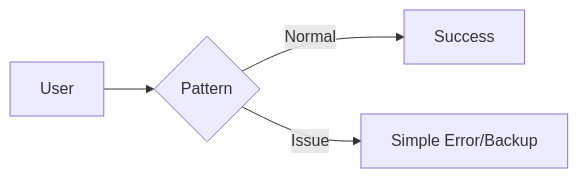
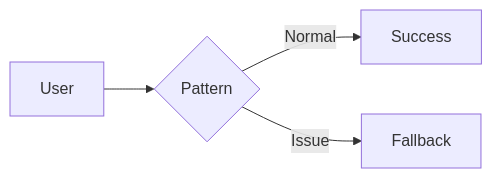
One commit to qianarthurwang/Architecture-Field-Notes changed the diagram in pattern-template.md. Above: the diagram before and after it, drawn with Mermaid. The commit also changed other lines of this file, not shown here.

````diff
--- a/pattern-template.md
+++ b/pattern-template.md
@@ -12,6 +12,6 @@
 ```mermaid
 graph LR
     A[User] --> B{Pattern}
     B -- "Normal" --> C[Success]
-    B -- "Issue" --> D[Simple Error/Backup]
+    B -- "Issue" --> D[Fallback]
 ```
````
